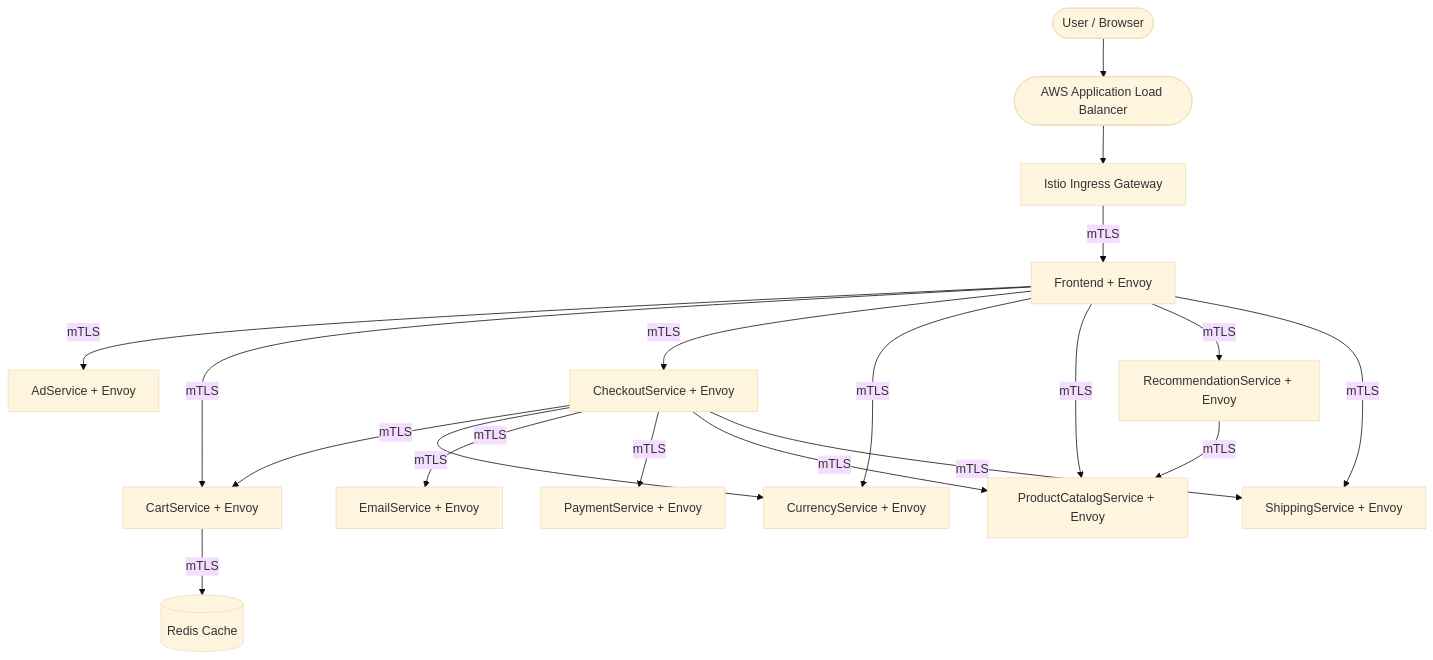
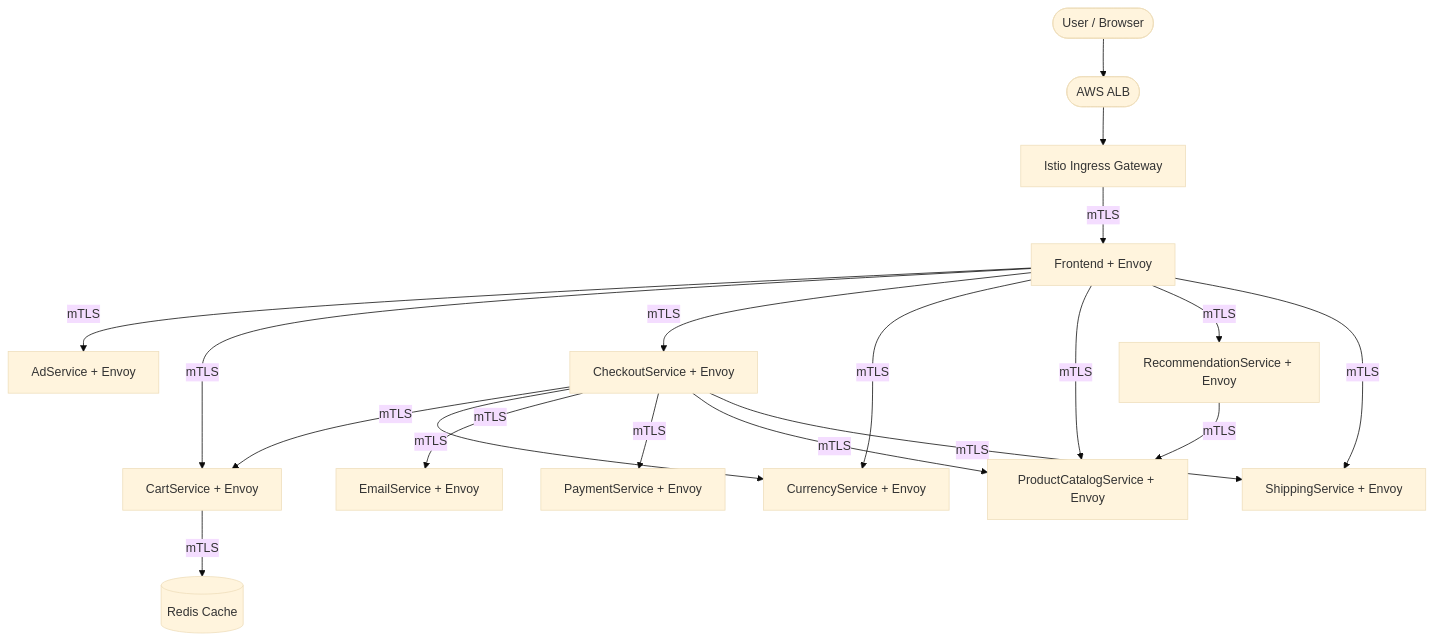
The second of 2 diagrams in README.md (dilip0007/aws-istio-microservices-lab), drawn with Mermaid (base theme) before and after one commit. The commit also changed other lines of this file and 1 other file, not shown here.

````diff
--- a/README.md
+++ b/README.md
@@ -17,26 +121,26 @@
 ```mermaid
 graph TD
-    User([User / Browser]) --> ALB([AWS Application Load Balancer])
+    User([User / Browser]) --> ALB([AWS ALB])
     ALB --> Gateway[Istio Ingress Gateway]
 
     Gateway -->|mTLS| Frontend[Frontend + Envoy]
 
     Frontend -->|mTLS| AdService[AdService + Envoy]
     Frontend -->|mTLS| CartService[CartService + Envoy]
     Frontend -->|mTLS| CheckoutService[CheckoutService + Envoy]
     Frontend -->|mTLS| CurrencyService[CurrencyService + Envoy]
     Frontend -->|mTLS| ProductCatalogService[ProductCatalogService + Envoy]
     Frontend -->|mTLS| RecommendationService[RecommendationService + Envoy]
     Frontend -->|mTLS| ShippingService[ShippingService + Envoy]
 
     CheckoutService -->|mTLS| CartService
     CheckoutService -->|mTLS| CurrencyService
     CheckoutService -->|mTLS| EmailService[EmailService + Envoy]
     CheckoutService -->|mTLS| PaymentService[PaymentService + Envoy]
     CheckoutService -->|mTLS| ProductCatalogService
     CheckoutService -->|mTLS| ShippingService
 
     RecommendationService -->|mTLS| ProductCatalogService
 
     CartService -->|mTLS| Redis[(Redis Cache)]
 ```
````
